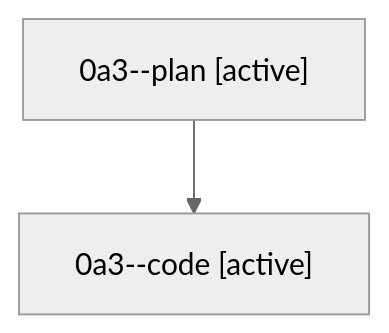
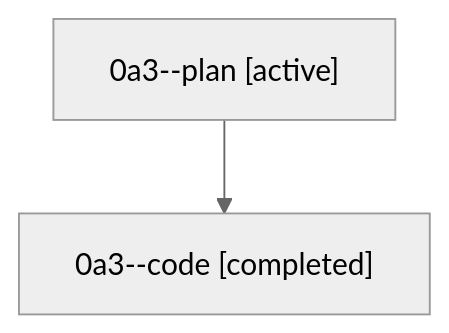
Before and after one commit to sase-org/sase--agents: the diagram in families/bbugyi200.athena.0a3.md, drawn with Mermaid (neutral theme). The commit also changed other lines of this file and 35830 other files, not shown here.

````diff
--- a/families/bbugyi200.athena.0a3.md
+++ b/families/bbugyi200.athena.0a3.md
@@ -9,6 +9,6 @@
 ```mermaid
 flowchart TD
   n0["0a3--plan [active]"]
-  n1["0a3--code [active]"]
+  n1["0a3--code [completed]"]
   n0 --> n1
 ```
````
